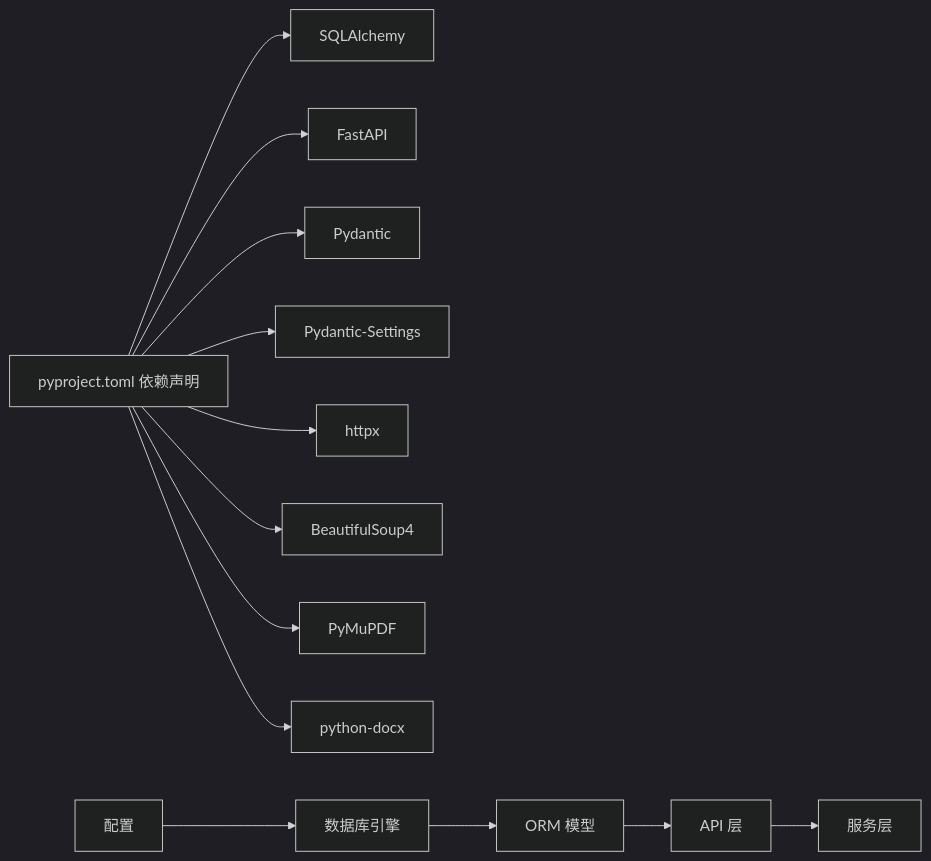
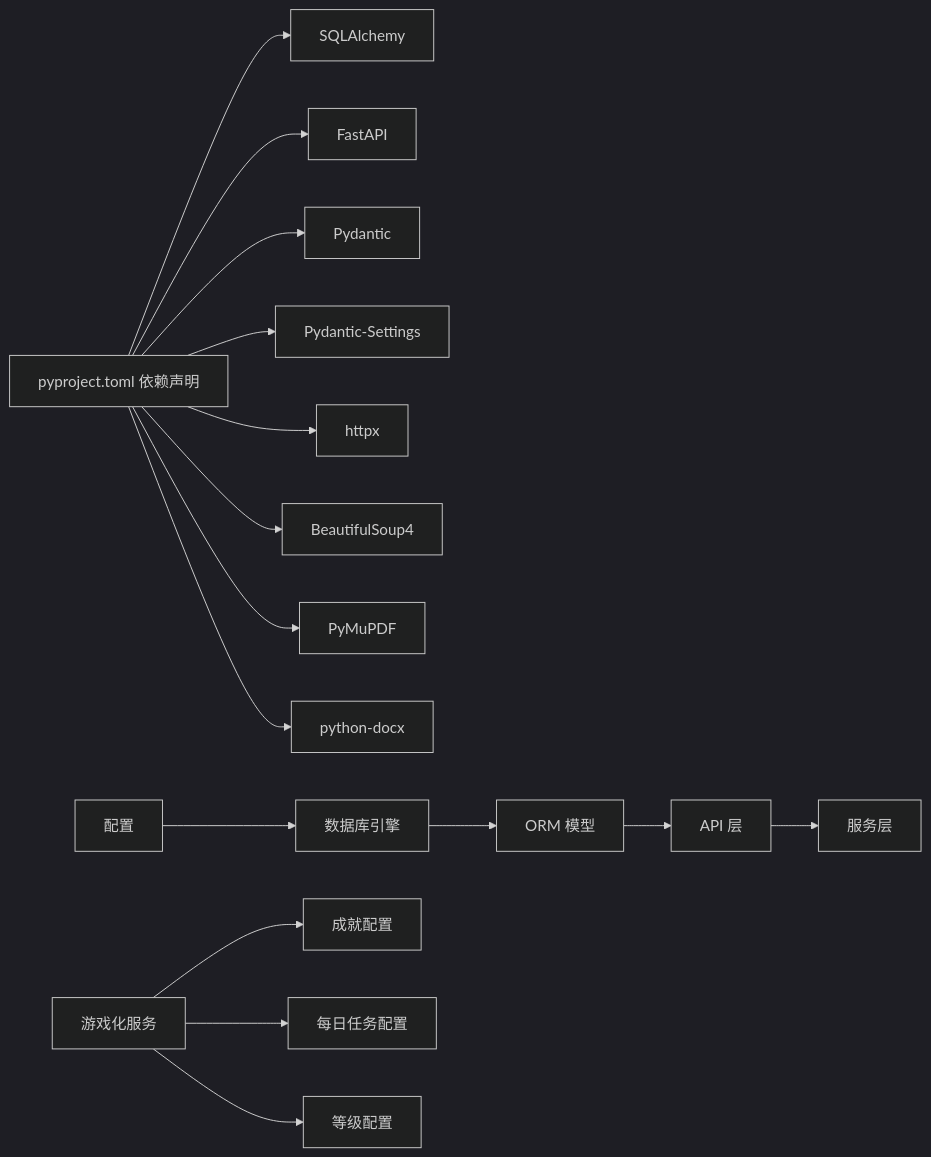
Before and after one commit to zhiwenli-jack/personal-learning-manager: the fourth of 4 diagrams in .qoder/repowiki/zh/content/数据库设计/数据库设计.md, drawn with Mermaid (dark theme). The commit also changed other lines of this file and 20 other files, not shown here.

````diff
--- a/.qoder/repowiki/zh/content/数据库设计/数据库设计.md
+++ b/.qoder/repowiki/zh/content/数据库设计/数据库设计.md
@@ -342,15 +443,18 @@
 ```mermaid
 graph LR
 PY["pyproject.toml 依赖声明"] --> SA["SQLAlchemy"]
 PY --> FA["FastAPI"]
 PY --> PD["Pydantic"]
 PY --> PS["Pydantic-Settings"]
 PY --> HT["httpx"]
 PY --> BS["BeautifulSoup4"]
 PY --> PM["PyMuPDF"]
 PY --> DX["python-docx"]
 CFG["配置"] --> DB["数据库引擎"]
 DB --> MODELS["ORM 模型"]
 MODELS --> API["API 层"]
 API --> SVC["服务层"]
+GS["游戏化服务"] --> AC["成就配置"]
+GS --> DT["每日任务配置"]
+GS --> LC["等级配置"]
 ```
````
